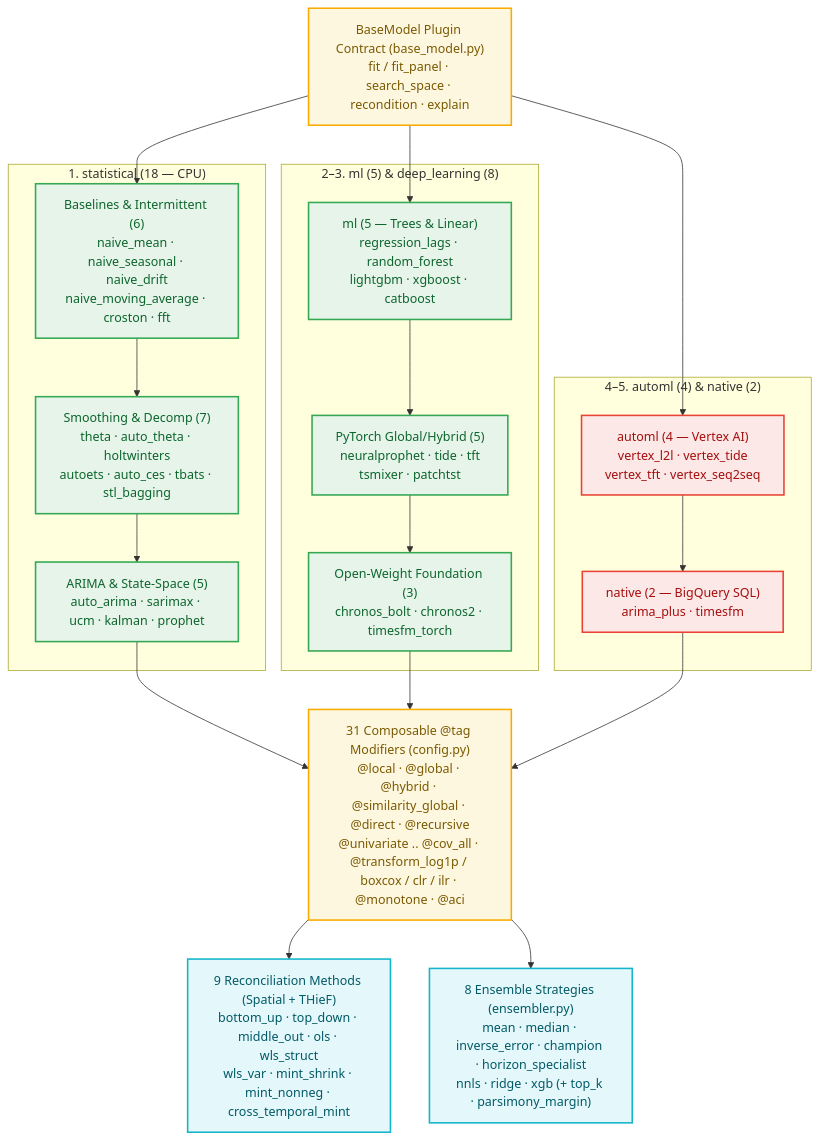
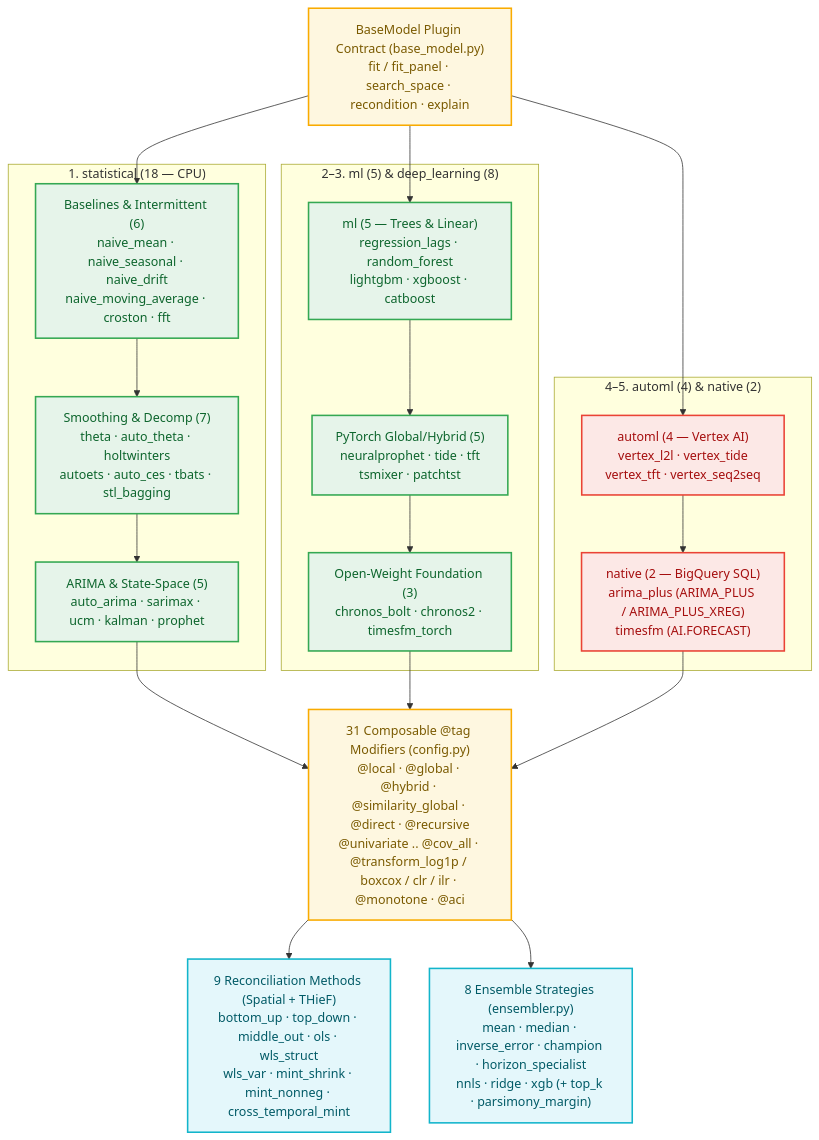
The first of 2 diagrams in docs/models_reference.md (statmike/scale-forecasting), drawn with Mermaid before and after one commit. The commit also changed other lines of this file and 7 other files, not shown here.

Commit message:
feat(bq-agent,docs): title agent conversations and clarify ARIMA_PLUS_XREG & showcase metrics

````diff
--- a/docs/models_reference.md
+++ b/docs/models_reference.md
@@ -7,40 +7,40 @@
 ```mermaid
 flowchart TD
     Base["BaseModel Plugin Contract (base_model.py)<br/>fit / fit_panel · search_space · recondition · explain"]
 
     subgraph Stat["1. statistical (18 — CPU)"]
         S1["Baselines & Intermittent (6)<br/>naive_mean · naive_seasonal · naive_drift<br/>naive_moving_average · croston · fft"]
         S2["Smoothing & Decomp (7)<br/>theta · auto_theta · holtwinters<br/>autoets · auto_ces · tbats · stl_bagging"]
         S3["ARIMA & State-Space (5)<br/>auto_arima · sarimax · ucm · kalman · prophet"]
         S1 --> S2 --> S3
     end
 
     subgraph ML_DL["2–3. ml (5) & deep_learning (8)"]
         M1["ml (5 — Trees & Linear)<br/>regression_lags · random_forest<br/>lightgbm · xgboost · catboost"]
         D1["PyTorch Global/Hybrid (5)<br/>neuralprophet · tide · tft<br/>tsmixer · patchtst"]
         D2["Open-Weight Foundation (3)<br/>chronos_bolt · chronos2 · timesfm_torch"]
         M1 --> D1 --> D2
     end
 
     subgraph Managed["4–5. automl (4) & native (2)"]
         A1["automl (4 — Vertex AI)<br/>vertex_l2l · vertex_tide<br/>vertex_tft · vertex_seq2seq"]
-        N1["native (2 — BigQuery SQL)<br/>arima_plus · timesfm"]
+        N1["native (2 — BigQuery SQL)<br/>arima_plus (ARIMA_PLUS / ARIMA_PLUS_XREG)<br/>timesfm (AI.FORECAST)"]
         A1 --> N1
     end
 
     Tags["31 Composable @tag Modifiers (config.py)<br/>@local · @global · @hybrid · @similarity_global · @direct · @recursive<br/>@univariate .. @cov_all · @transform_log1p / boxcox / clr / ilr · @monotone · @aci"]
     Rec["9 Reconciliation Methods (Spatial + THieF)<br/>bottom_up · top_down · middle_out · ols · wls_struct<br/>wls_var · mint_shrink · mint_nonneg · cross_temporal_mint"]
     Ens["8 Ensemble Strategies (ensembler.py)<br/>mean · median · inverse_error · champion · horizon_specialist<br/>nnls · ridge · xgb (+ top_k · parsimony_margin)"]
 
     Base --> S1 & M1 & A1
     S3 & D2 & N1 --> Tags --> Rec & Ens
 
     classDef config fill:#FEF7E0,stroke:#F9AB00,stroke-width:2px,color:#7A5A00
     classDef route fill:#FCE8E6,stroke:#EA4335,stroke-width:2px,color:#A50E0E
     classDef compute fill:#E6F4EA,stroke:#34A853,stroke-width:2px,color:#0D652D
     classDef decision fill:#E4F7FB,stroke:#12B5CB,stroke-width:2px,color:#005A66
     class Base,Tags config
     class A1,N1 route
     class S1,S2,S3,M1,D1,D2 compute
     class Rec,Ens decision
 ```
````
